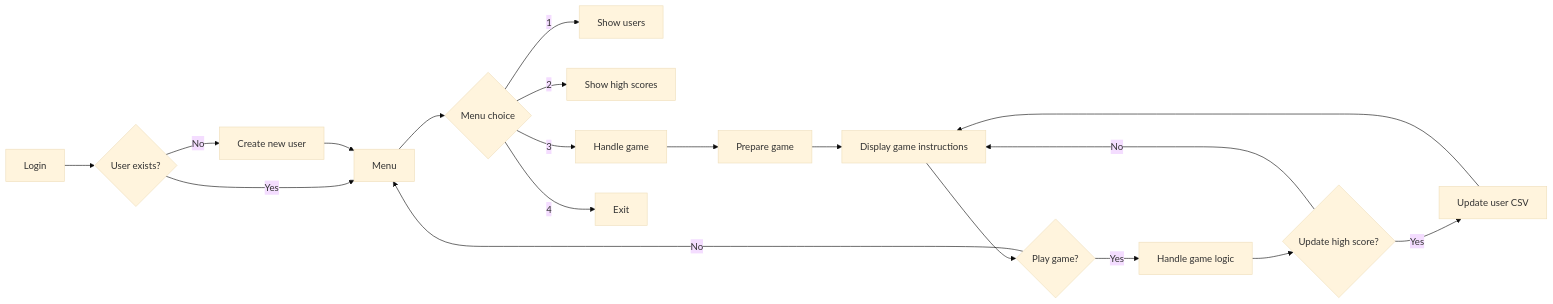
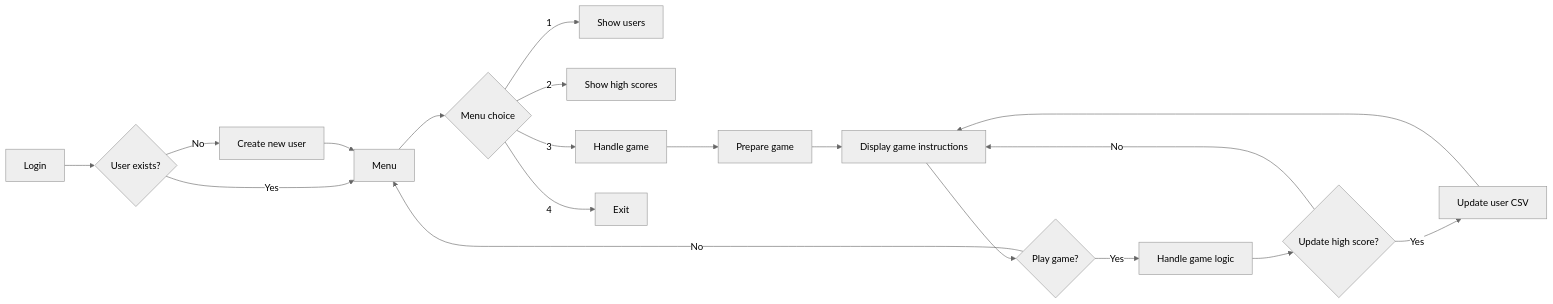
The diagram in 0_Project/guess_game/readme.md (Aixufey/PGR107-Python), drawn with Mermaid before and after one commit.

Commit message:
Update readme.md
changed theme again.

````diff
--- a/0_Project/guess_game/readme.md
+++ b/0_Project/guess_game/readme.md
@@ -1,25 +1,25 @@
 ```mermaid
 
-%%{init: {'theme': 'base', 'themeVariables': { 'fontSize': '16px', 'lineWidth': '2px'}}}%%
+%%{init: {'theme': 'neutral', 'themeVariables': { 'fontSize': '16px', 'lineWidth': '2px'}}}%%
 graph LR
 A[ Login ] --> B{ User exists? }
 B -- Yes --> C[ Menu]
 B -- No --> D[ Create new user ]
 D --> C
 
 C --> E{ Menu choice }
 E -- 1 --> F[ Show users ]
 E -- 2 --> G[ Show high scores ]
 E -- 3 --> H[ Handle game ]
 E -- 4 --> I[ Exit ]
 
 H --> J[ Prepare game ]
 J --> K[ Display game instructions ]
 K --> L{ Play game?}
 L -- Yes --> M[ Handle game logic ]
 M --> N{ Update high score?}
 N -- Yes --> O[ Update user CSV ]
 O --> K
 N -- No --> K
 L -- No --> C
 ```
````
